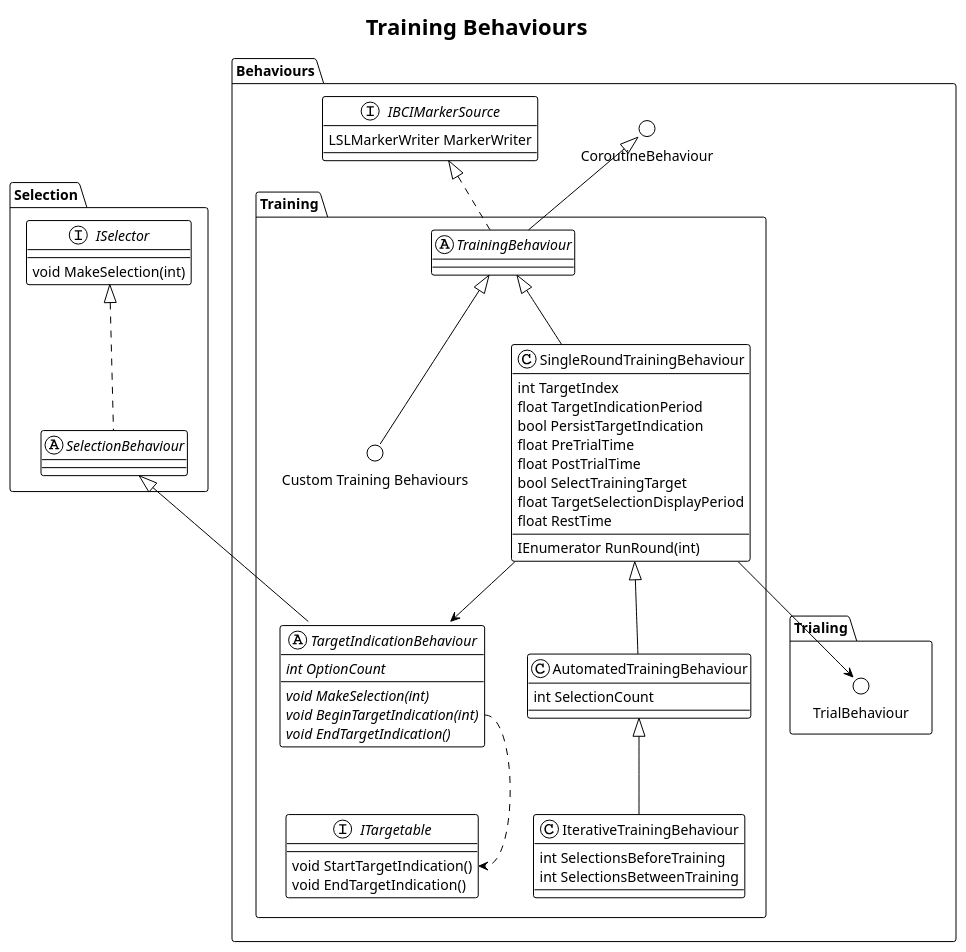
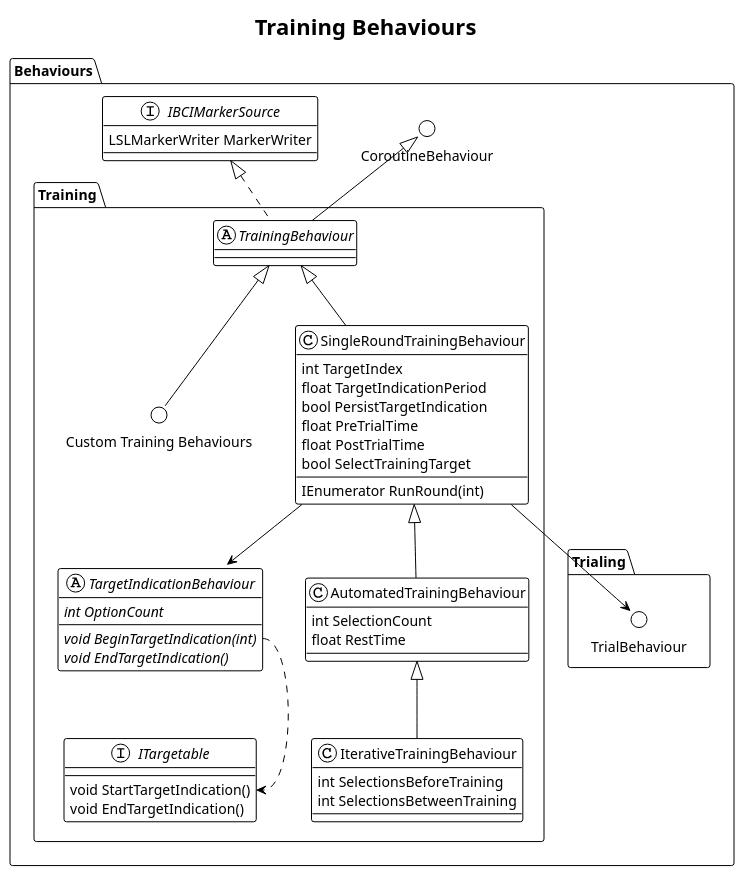
Before and after one commit to BCI-Games/bessy-docs: the diagram in content/bessy-unity/behaviours/training/training-behaviours.plantuml, drawn with PlantUML. The commit also changed 4 other files, not shown here.

```diff
--- a/content/bessy-unity/behaviours/training/training-behaviours.plantuml
+++ b/content/bessy-unity/behaviours/training/training-behaviours.plantuml
@@ -1,65 +1,56 @@
 @startuml training-behaviours
 !theme plain
 title Training Behaviours
-
-namespace Selection {
-    interface ISelector {
-        void MakeSelection(int)
-    }
-    abstract SelectionBehaviour implements ISelector
-}
 
 namespace Behaviours {
     circle CoroutineBehaviour
 
     interface Behaviours.IBCIMarkerSource {
         LSLMarkerWriter MarkerWriter
     }
 
     namespace Trialing {
         circle TrialBehaviour
     }
 }
 
 namespace Behaviours.Training {
     abstract TrainingBehaviour extends Behaviours.CoroutineBehaviour implements Behaviours.IBCIMarkerSource
-    abstract TargetIndicationBehaviour extends .Selection.SelectionBehaviour {
+    abstract TargetIndicationBehaviour {
         {abstract} int OptionCount
-        {abstract} void MakeSelection(int)
         {abstract} void BeginTargetIndication(int)
         {abstract} void EndTargetIndication()
     }
     interface ITargetable {
         void StartTargetIndication()
         void EndTargetIndication()
     }
     TargetIndicationBehaviour::BeginTargetIndication ..> ITargetable::StartTargetIndication
 
     circle "Custom Training Behaviours" as custom
     TrainingBehaviour <|-- custom
 
     class SingleRoundTrainingBehaviour extends TrainingBehaviour {
         int TargetIndex
         float TargetIndicationPeriod
         bool PersistTargetIndication
         float PreTrialTime
         float PostTrialTime
         bool SelectTrainingTarget
-        float TargetSelectionDisplayPeriod
-        float RestTime
         IEnumerator RunRound(int)
     }
     SingleRoundTrainingBehaviour --> TargetIndicationBehaviour
     SingleRoundTrainingBehaviour --> .Behaviours.Trialing.TrialBehaviour
 
     class AutomatedTrainingBehaviour extends SingleRoundTrainingBehaviour {
         int SelectionCount
+        float RestTime
     }
 
     class IterativeTrainingBehaviour extends AutomatedTrainingBehaviour {
         int SelectionsBeforeTraining
         int SelectionsBetweenTraining
     }
 }
 
 @enduml
```
